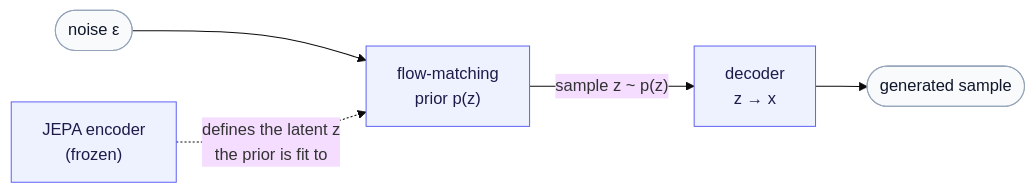
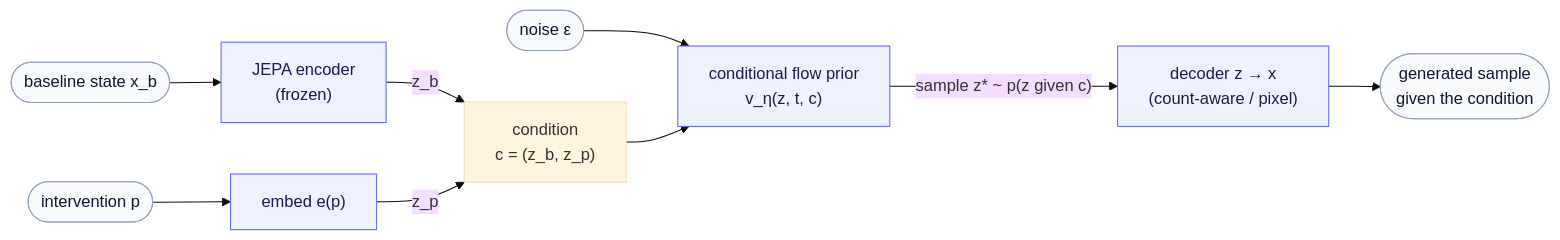
One commit to pleiadian53/ssl-lab changed the diagram in README.md. Above: the diagram before and after it, drawn with Mermaid (base theme). The commit also changed other lines of this file, not shown here.

````diff
--- a/README.md
+++ b/README.md
@@ -11,12 +13,16 @@
 ```mermaid
 flowchart LR
-    NOISE(["noise ε"]) --> PRIOR["flow-matching<br/>prior p(z)"]
-    PRIOR -- "sample z ~ p(z)" --> DEC["decoder<br/>z → x"]
-    DEC --> GEN(["generated sample"])
-    ENC["JEPA encoder<br/>(frozen)"] -. "defines the latent z<br/>the prior is fit to" .-> PRIOR
+    XB(["baseline state x_b"]) --> ENC["JEPA encoder<br/>(frozen)"]
+    P(["intervention p"]) --> EMB["embed e(p)"]
+    ENC -- "z_b" --> COND["condition<br/>c = (z_b, z_p)"]
+    EMB -- "z_p" --> COND
+    NOISE(["noise ε"]) --> FLOW["conditional flow prior<br/>v_η(z, t, c)"]
+    COND --> FLOW
+    FLOW -- "sample z* ~ p(z given c)" --> DEC["decoder z → x<br/>(count-aware / pixel)"]
+    DEC --> GEN(["generated sample<br/>given the condition"])
 
     classDef accent fill:#eef2ff,stroke:#6366f1,color:#1e1b4b;
     classDef io fill:#f8fafc,stroke:#94a3b8,color:#0f172a;
-    class ENC,PRIOR,DEC accent;
-    class NOISE,GEN io;
+    class ENC,EMB,FLOW,DEC accent;
+    class XB,P,NOISE,GEN io;
 ```
````
